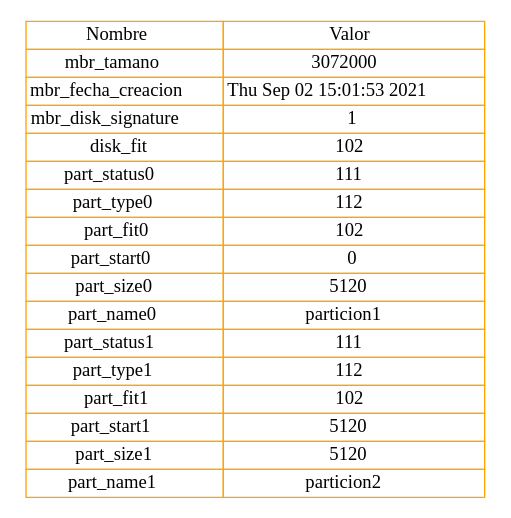
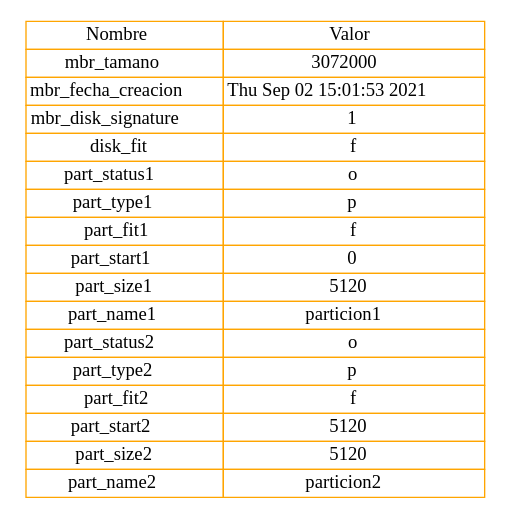
The diagram in Main/MBR.dot (erick-alvarado/MIA-P1), drawn with Graphviz before and after one commit. The commit also changed 6 other files, not shown here.

```diff
--- a/Main/MBR.dot
+++ b/Main/MBR.dot
@@ -1,26 +1,26 @@
 digraph{ 
  tbl[ 
  shape=plaintext 
  label=< 
  <table border='0' cellborder='1' color='orange' cellspacing='0'> 
 <tr><td>Nombre</td><td>Valor</td></tr>
 <tr><td>mbr_tamano</td><td>3072000</td></tr>
 <tr><td>mbr_fecha_creacion</td><td>Thu Sep 02 15:01:53 2021</td></tr>
 <tr><td>mbr_disk_signature</td><td>1</td></tr>
-<tr><td>disk_fit</td><td>102</td></tr>
-<tr><td>part_status0</td><td>111</td></tr>
-<tr><td>part_type0</td><td>112</td></tr>
-<tr><td>part_fit0</td><td>102</td></tr>
-<tr><td>part_start0</td><td>0</td></tr>
-<tr><td>part_size0</td><td>5120</td></tr>
-<tr><td>part_name0</td><td>particion1</td></tr>
-<tr><td>part_status1</td><td>111</td></tr>
-<tr><td>part_type1</td><td>112</td></tr>
-<tr><td>part_fit1</td><td>102</td></tr>
-<tr><td>part_start1</td><td>5120</td></tr>
+<tr><td>disk_fit</td><td>f</td></tr>
+<tr><td>part_status1</td><td>o</td></tr>
+<tr><td>part_type1</td><td>p</td></tr>
+<tr><td>part_fit1</td><td>f</td></tr>
+<tr><td>part_start1</td><td>0</td></tr>
 <tr><td>part_size1</td><td>5120</td></tr>
-<tr><td>part_name1</td><td>particion2</td></tr>
+<tr><td>part_name1</td><td>particion1</td></tr>
+<tr><td>part_status2</td><td>o</td></tr>
+<tr><td>part_type2</td><td>p</td></tr>
+<tr><td>part_fit2</td><td>f</td></tr>
+<tr><td>part_start2</td><td>5120</td></tr>
+<tr><td>part_size2</td><td>5120</td></tr>
+<tr><td>part_name2</td><td>particion2</td></tr>
 
  </table> 
  >]; 
  }
```
